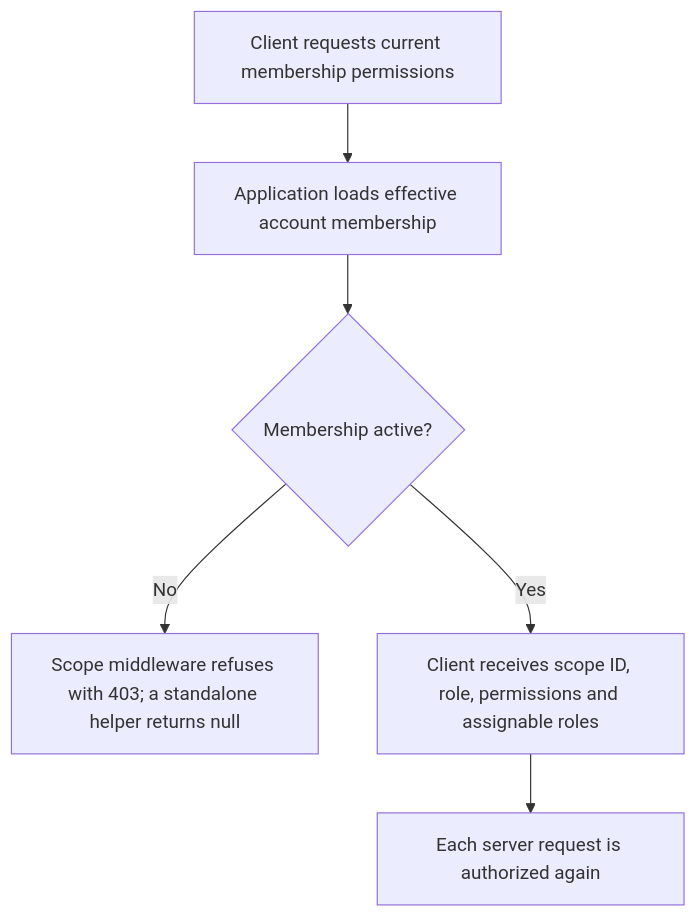
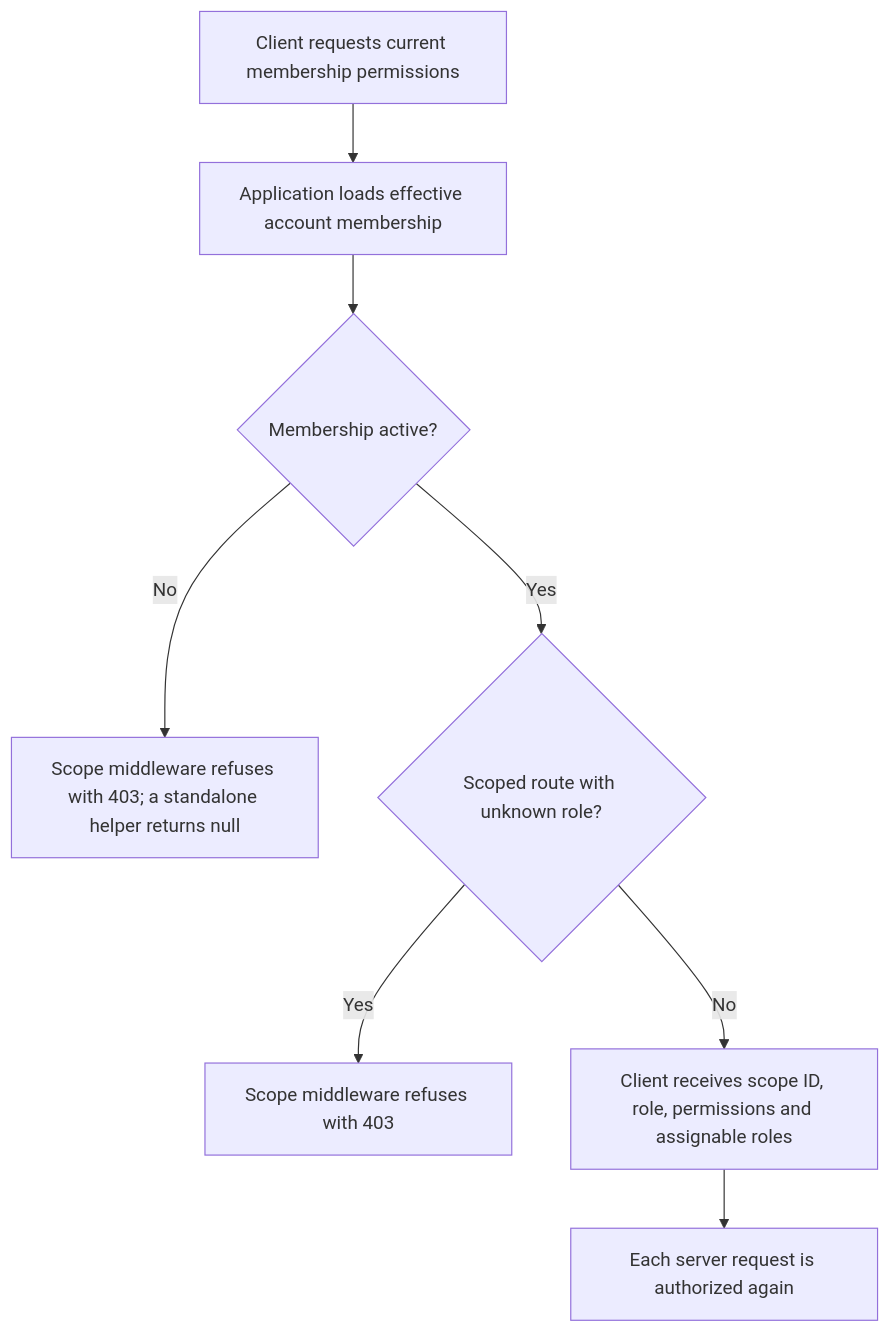
One commit to Kevinjohn/oss-adonisjs-access-control changed the first of 2 diagrams in user-stories/US-ACCESS-12-share-client-permissions.md. Above: the diagram before and after it, drawn with Mermaid. The commit also changed other lines of this file and 31 other files, not shown here.

````diff
--- a/user-stories/US-ACCESS-12-share-client-permissions.md
+++ b/user-stories/US-ACCESS-12-share-client-permissions.md
@@ -21,8 +21,10 @@
 ```mermaid
 flowchart TD
     A["Client requests current membership permissions"] --> B["Application loads effective account membership"]
     B --> C{"Membership active?"}
     C -->|No| D["Scope middleware refuses with 403; a standalone helper returns null"]
-    C -->|Yes| E["Client receives scope ID, role, permissions and assignable roles"]
+    C -->|Yes| G{"Scoped route with unknown role?"}
+    G -->|Yes| H["Scope middleware refuses with 403"]
+    G -->|No| E["Client receives scope ID, role, permissions and assignable roles"]
     E --> F["Each server request is authorized again"]
 ```
````
